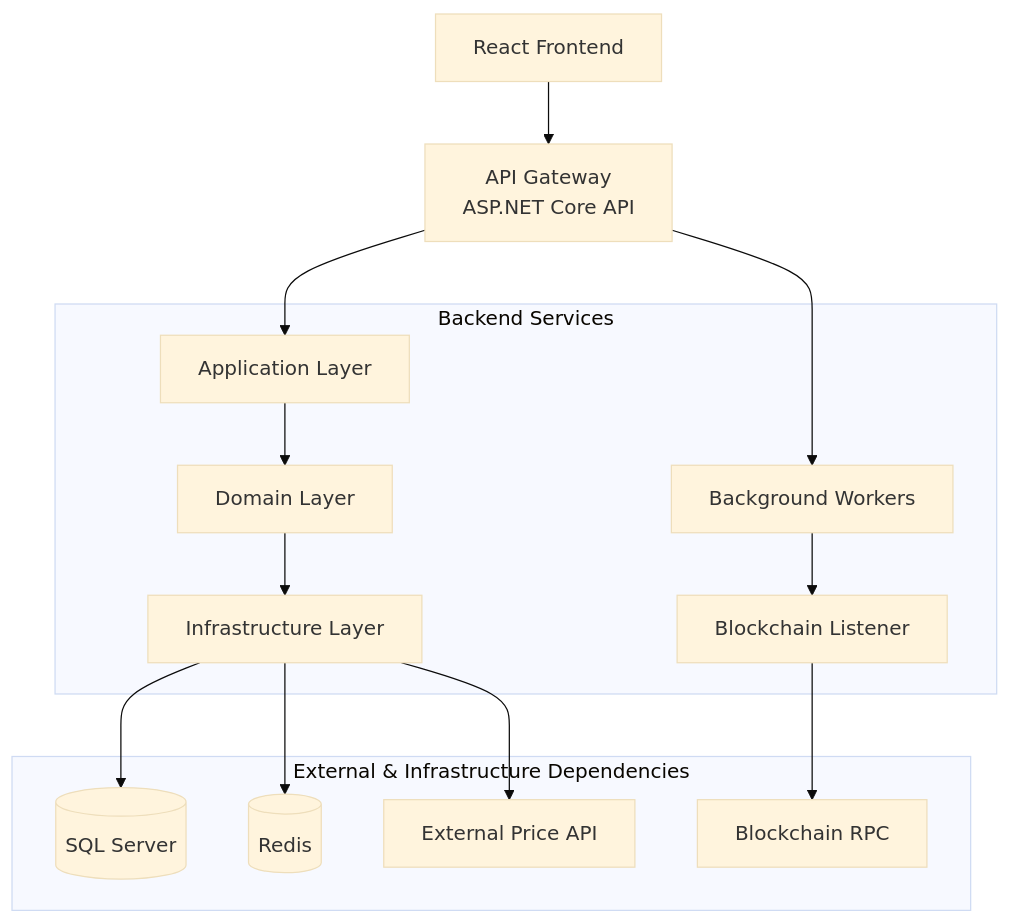
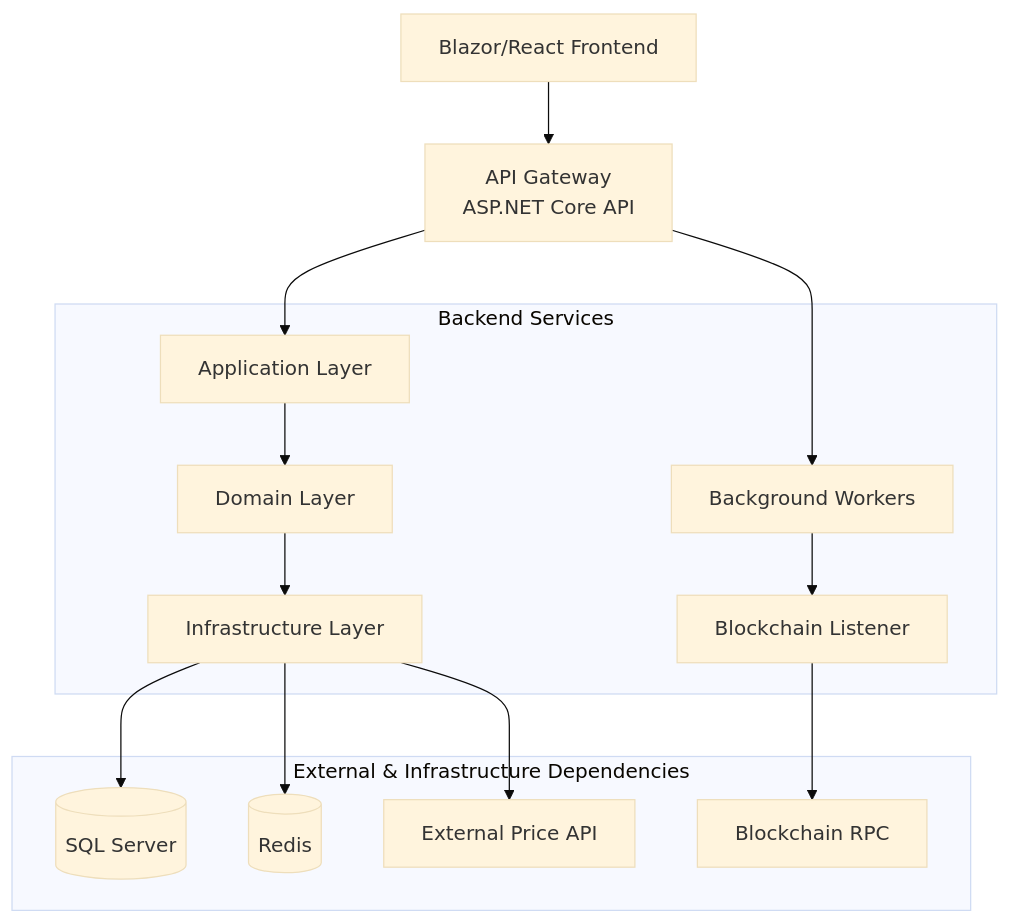
The diagram in README.md (OndrejSevcak/Waillet), drawn with Mermaid (base theme) before and after one commit. The commit also changed other lines of this file and 21 other files, not shown here.

````diff
--- a/README.md
+++ b/README.md
@@ -52,37 +51,37 @@
 ```mermaid
 flowchart TB
 
-    FE[React Frontend]
+    FE[Blazor/React Frontend]
 
     API[API Gateway<br/>ASP.NET Core API]
 
     subgraph Backend["Backend Services"]
         AL[Application Layer]
         DL[Domain Layer]
         INF[Infrastructure Layer]
 
         BW[Background Workers]
         BL[Blockchain Listener]
     end
 
     subgraph Infrastructure["External & Infrastructure Dependencies"]
         SQL[(SQL Server)]
         REDIS[(Redis)]
         PRICE[External Price API]
         RPC[Blockchain RPC]
     end
 
     FE --> API
 
     API --> AL
     AL --> DL
     DL --> INF
 
     API --> BW
     BW --> BL
 
     INF --> SQL
     INF --> REDIS
     INF --> PRICE
     BL --> RPC
 ```
````
